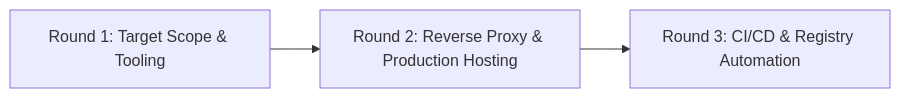
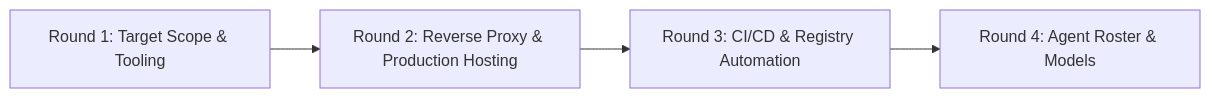
The diagram in skills/nextjs-dev-setup/references/setup-interview-rounds.md (BIGboss248/skills), drawn with Mermaid before and after one commit. The commit also changed other lines of this file and 79 other files, not shown here.

````diff
--- a/skills/nextjs-dev-setup/references/setup-interview-rounds.md
+++ b/skills/nextjs-dev-setup/references/setup-interview-rounds.md
@@ -5,4 +5,4 @@
 ```mermaid
 flowchart LR
-    R1["Round 1: Target Scope & Tooling"] --> R2["Round 2: Reverse Proxy & Production Hosting"] --> R3["Round 3: CI/CD & Registry Automation"]
+    R1["Round 1: Target Scope & Tooling"] --> R2["Round 2: Reverse Proxy & Production Hosting"] --> R3["Round 3: CI/CD & Registry Automation"] --> R4["Round 4: Agent Roster & Models"]
 ```
````
